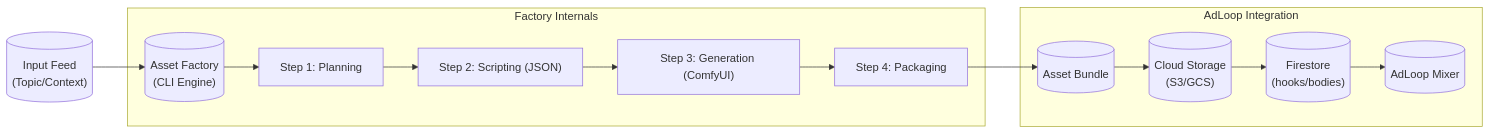
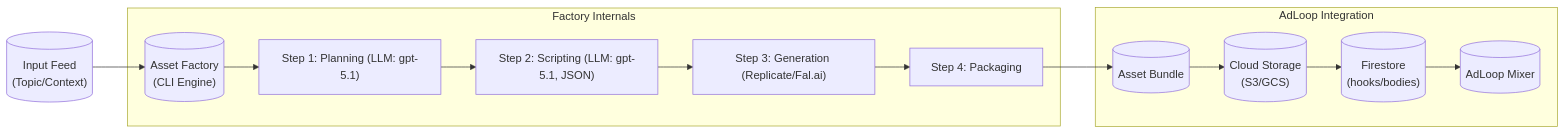
One commit to dkampien/contentloops changed the diagram in _docs/1_development-docs/core-docs/01-system-architecture.md. Above: the diagram before and after it, drawn with Mermaid. The commit also changed other lines of this file and 11 other files, not shown here.

````diff
--- a/_docs/1_development-docs/core-docs/01-system-architecture.md
+++ b/_docs/1_development-docs/core-docs/01-system-architecture.md
@@ -15,19 +15,19 @@
 ```mermaid
 graph LR
     Input[("Input Feed\n(Topic/Context)")] --> Engine[("Asset Factory\n(CLI Engine)")]
     
     subgraph "Factory Internals"
-        Engine --> Plan["Step 1: Planning"]
-        Plan --> Script["Step 2: Scripting (JSON)"]
-        Script --> Gen["Step 3: Generation (ComfyUI)"]
+        Engine --> Plan["Step 1: Planning (LLM: gpt-5.1)"]
+        Plan --> Script["Step 2: Scripting (LLM: gpt-5.1, JSON)"]
+        Script --> Gen["Step 3: Generation (Replicate/Fal.ai)"]
         Gen --> Pack["Step 4: Packaging"]
     end
     
     Pack --> Output[("Asset Bundle")]
     
     subgraph "AdLoop Integration"
         Output --> Upload[("Cloud Storage\n(S3/GCS)")]
         Upload --> Firestore[("Firestore\n(hooks/bodies)")]
         Firestore --> AdLoop_Mixer[("AdLoop Mixer")]
     end
 ```
````
